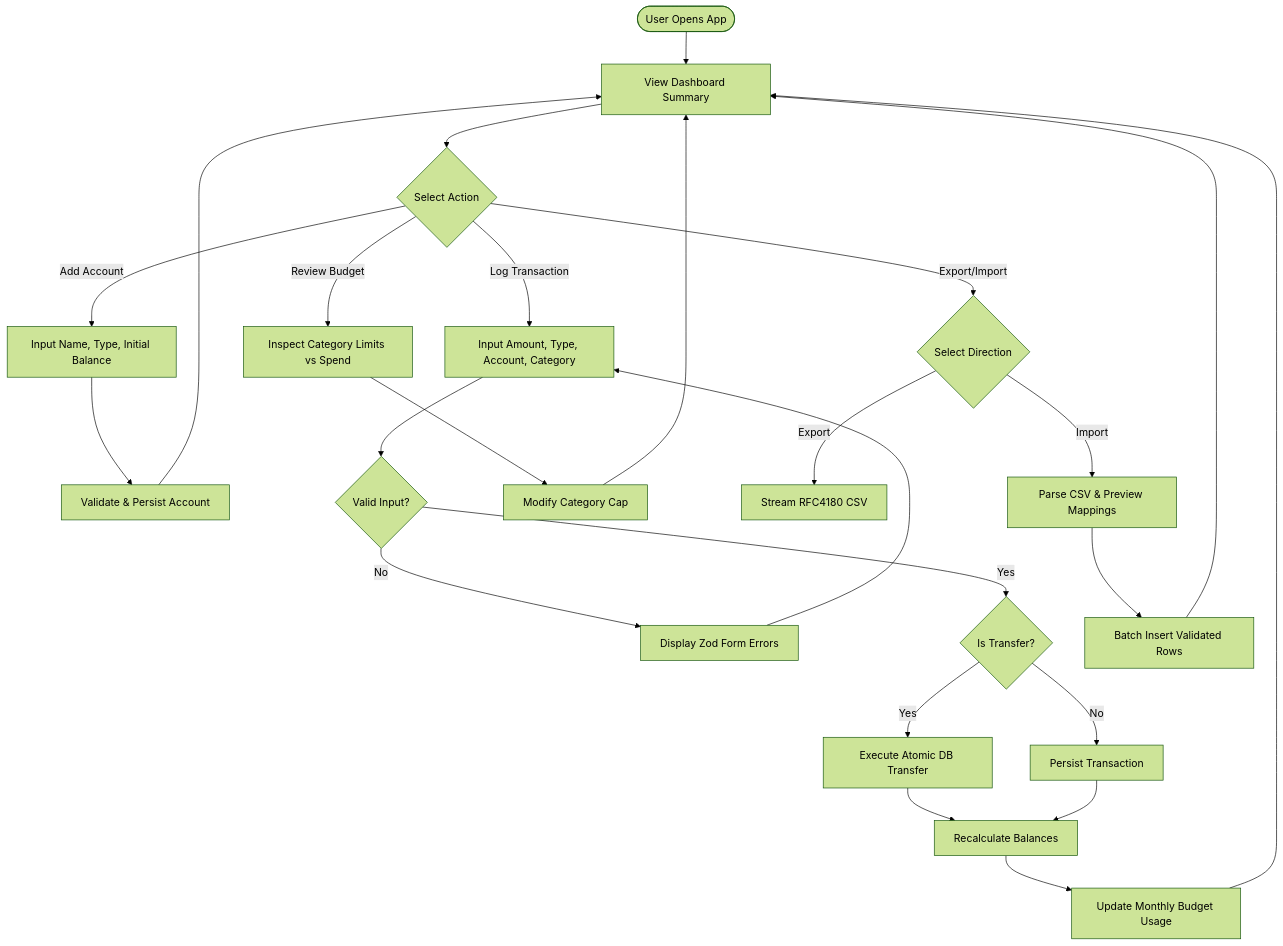
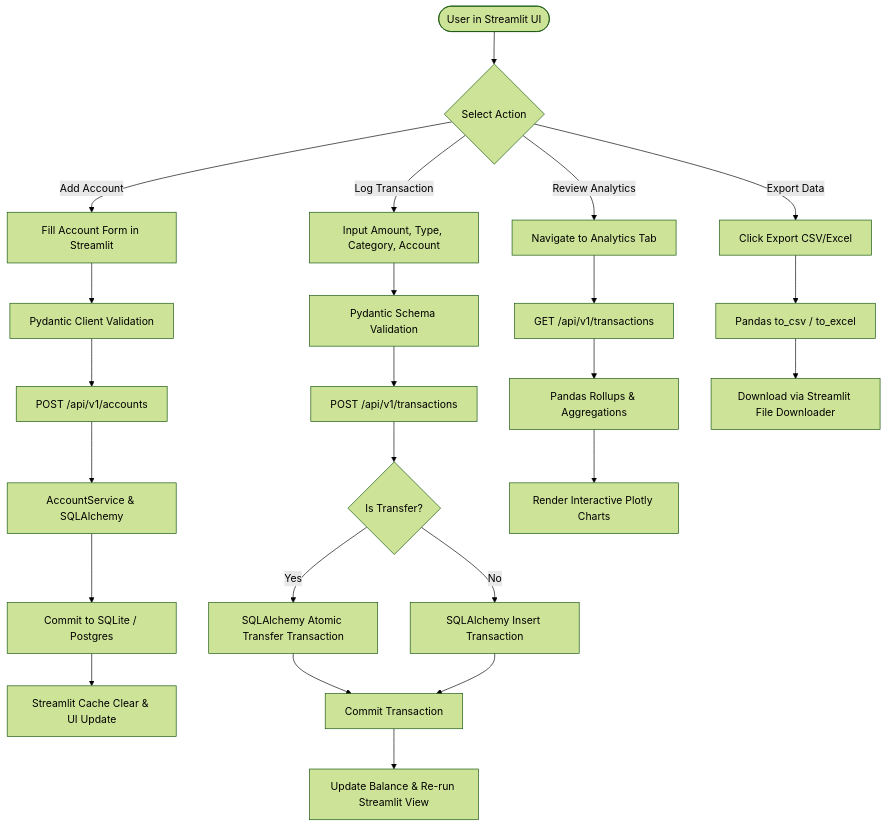
Before and after one commit to ynavyadevi-ops/personal-finance-tracker: the diagram in docs/SPEC.md, drawn with Mermaid (forest theme). The commit also changed other lines of this file and 12 other files, not shown here.

Commit message:
docs: establish Python + SQL architecture and Phase 0 documentation baseline

````diff
--- a/docs/SPEC.md
+++ b/docs/SPEC.md
@@ -92,31 +96,30 @@
 ```mermaid
 flowchart TD
-    Start([User Opens App]) --> Dashboard[View Dashboard Summary]
-    Dashboard --> ActionChoice{Select Action}
+    User([User in Streamlit UI]) --> ActionChoice{Select Action}
     
-    ActionChoice -->|Add Account| CreateAcc[Input Name, Type, Initial Balance]
-    CreateAcc --> SaveAcc[Validate & Persist Account]
-    SaveAcc --> Dashboard
+    ActionChoice -->|Add Account| AccForm[Fill Account Form in Streamlit]
+    AccForm --> ValidateAcc[Pydantic Client Validation]
+    ValidateAcc --> ApiAcc[POST /api/v1/accounts]
+    ApiAcc --> ServiceAcc[AccountService & SQLAlchemy]
+    ServiceAcc --> DBAccept[Commit to SQLite / Postgres]
+    DBAccept --> RefreshAcc[Streamlit Cache Clear & UI Update]
     
-    ActionChoice -->|Log Transaction| LogTx[Input Amount, Type, Account, Category]
-    LogTx --> ValidateTx{Valid Input?}
-    ValidateTx -->|No| ShowErrors[Display Zod Form Errors]
-    ShowErrors --> LogTx
-    ValidateTx -->|Yes| CheckTransfer{Is Transfer?}
-    CheckTransfer -->|Yes| ExecAtomicTransfer[Execute Atomic DB Transfer]
-    CheckTransfer -->|No| ExecRecordTx[Persist Transaction]
-    ExecAtomicTransfer --> UpdateBalances[Recalculate Balances]
-    ExecRecordTx --> UpdateBalances
-    UpdateBalances --> UpdateBudget[Update Monthly Budget Usage]
-    UpdateBudget --> Dashboard
+    ActionChoice -->|Log Transaction| TxForm[Input Amount, Type, Category, Account]
+    TxForm --> ValidateTx[Pydantic Schema Validation]
+    ValidateTx --> ApiTx[POST /api/v1/transactions]
+    ApiTx --> ServiceTx{Is Transfer?}
+    ServiceTx -->|Yes| AtomicTransfer[SQLAlchemy Atomic Transfer Transaction]
+    ServiceTx -->|No| InsertTx[SQLAlchemy Insert Transaction]
+    AtomicTransfer --> DBCommit[Commit Transaction]
+    InsertTx --> DBCommit
+    DBCommit --> RefreshLedger[Update Balance & Re-run Streamlit View]
     
-    ActionChoice -->|Review Budget| ViewBudget[Inspect Category Limits vs Spend]
-    ViewBudget --> AdjustBudget[Modify Category Cap]
-    AdjustBudget --> Dashboard
+    ActionChoice -->|Review Analytics| AnalyticsView[Navigate to Analytics Tab]
+    AnalyticsView --> FetchTx[GET /api/v1/transactions]
+    FetchTx --> ProcessPandas[Pandas Rollups & Aggregations]
+    ProcessPandas --> RenderPlotly[Render Interactive Plotly Charts]
     
-    ActionChoice -->|Export/Import| DataMgmt{Select Direction}
-    DataMgmt -->|Export| GenCSV[Stream RFC4180 CSV]
-    DataMgmt -->|Import| UploadCSV[Parse CSV & Preview Mappings]
-    UploadCSV --> CommitImport[Batch Insert Validated Rows]
-    CommitImport --> Dashboard
+    ActionChoice -->|Export Data| ExportAction[Click Export CSV/Excel]
+    ExportAction --> GenPandas[Pandas to_csv / to_excel]
+    GenPandas --> DownloadFile[Download via Streamlit File Downloader]
 ```
````
